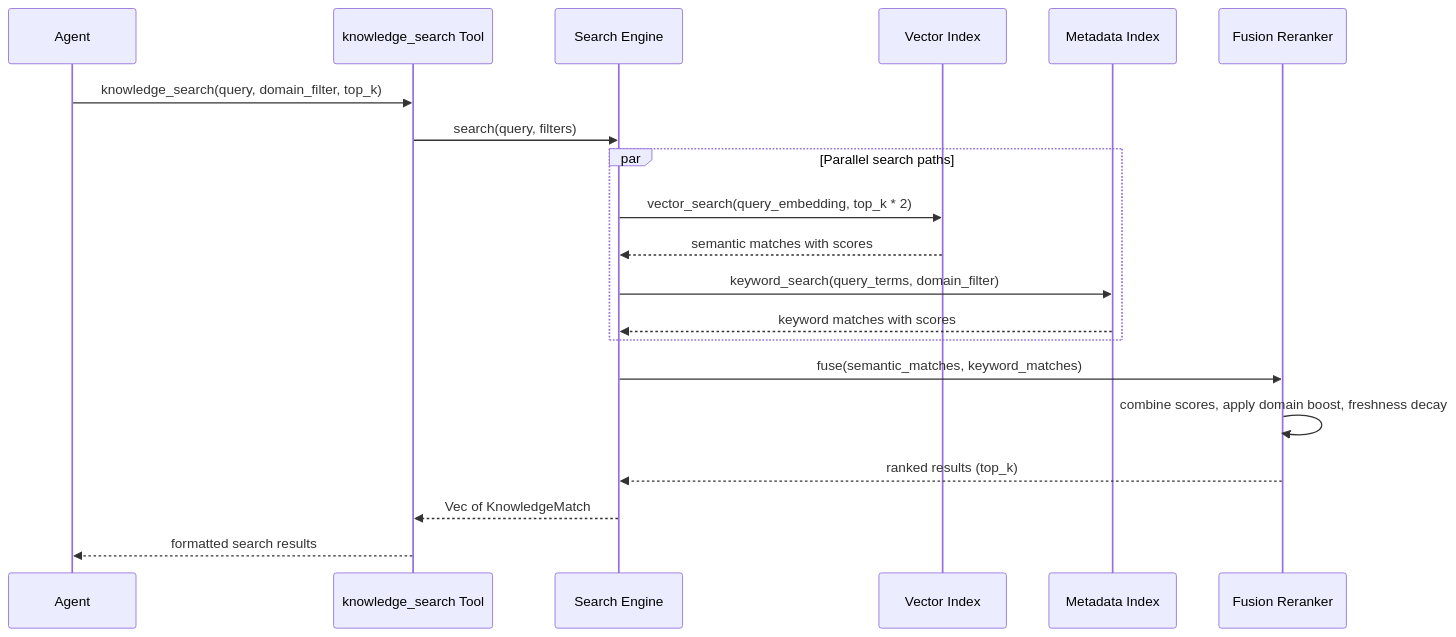
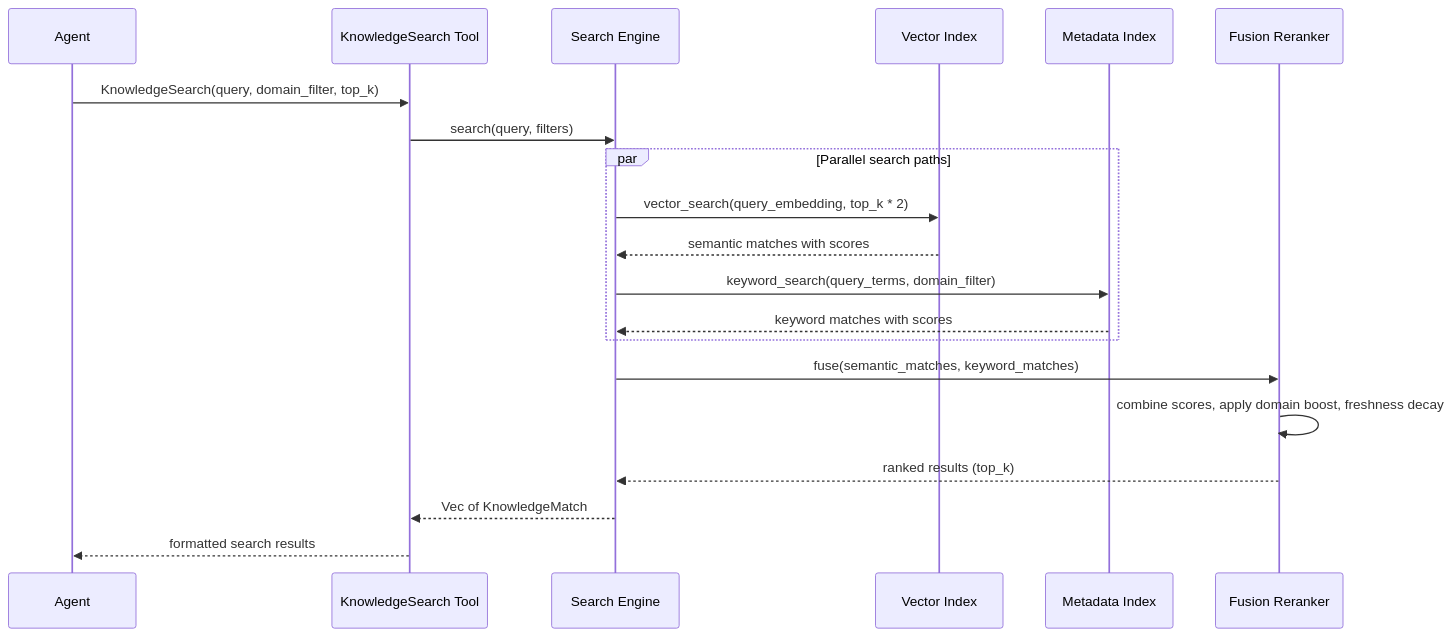
Before and after one commit to gorgiaxx/y-agent: the third of 11 diagrams in docs/design/knowledge-base-design.md, drawn with Mermaid. The commit also changed other lines of this file and 41 other files, not shown here.

````diff
--- a/docs/design/knowledge-base-design.md
+++ b/docs/design/knowledge-base-design.md
@@ -269,27 +269,27 @@
 ```mermaid
 sequenceDiagram
     participant Agent
-    participant KBTool as knowledge_search Tool
+    participant KBTool as KnowledgeSearch Tool
     participant SE as Search Engine
     participant VI as Vector Index
     participant MI as Metadata Index
     participant FR as Fusion Reranker
 
-    Agent->>KBTool: knowledge_search(query, domain_filter, top_k)
+    Agent->>KBTool: KnowledgeSearch(query, domain_filter, top_k)
     KBTool->>SE: search(query, filters)
 
     par Parallel search paths
         SE->>VI: vector_search(query_embedding, top_k * 2)
         VI-->>SE: semantic matches with scores
 
         SE->>MI: keyword_search(query_terms, domain_filter)
         MI-->>SE: keyword matches with scores
     end
 
     SE->>FR: fuse(semantic_matches, keyword_matches)
     FR->>FR: combine scores, apply domain boost, freshness decay
     FR-->>SE: ranked results (top_k)
 
     SE-->>KBTool: Vec of KnowledgeMatch
     KBTool-->>Agent: formatted search results
 ```
````
